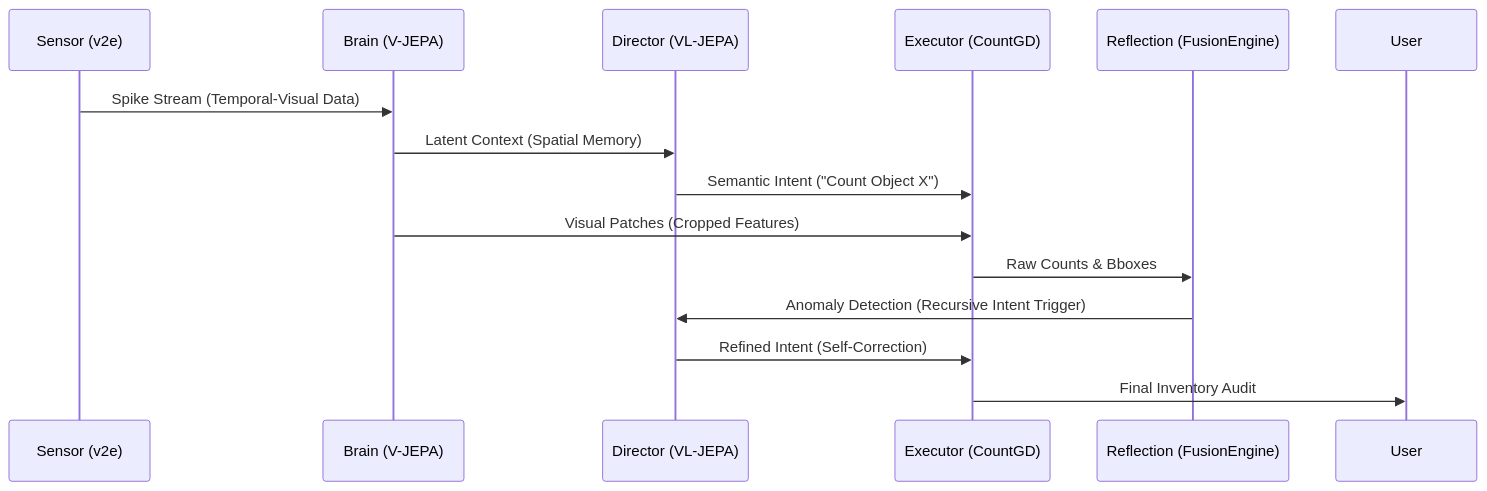
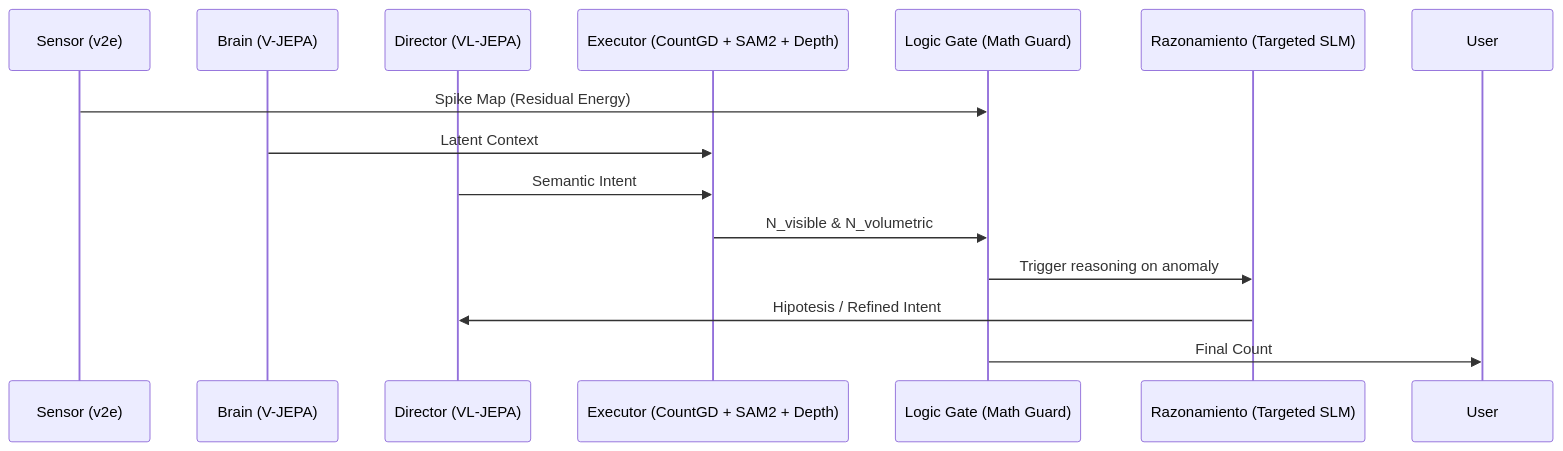
Before and after one commit to Yonnnnnnnnn/numeri-vjepa-experiment: the diagram in Data_Flow_Diagram.md, drawn with Mermaid. The commit also changed 11 other files, not shown here.

Commit message:
feat: complete integration of V2E, V-JEPA, CountGD, and SAM2/Depth into LangGraph flow

````diff
--- a/Data_Flow_Diagram.md
+++ b/Data_Flow_Diagram.md
@@ -24,17 +24,17 @@
 ```mermaid
 sequenceDiagram
     participant S as Sensor (v2e)
     participant B as Brain (V-JEPA)
     participant D as Director (VL-JEPA)
-    participant E as Executor (CountGD)
-    participant R as Reflection (FusionEngine)
+    participant E as Executor (CountGD + SAM2 + Depth)
+    participant L as Logic Gate (Math Guard)
+    participant R as Razonamiento (Targeted SLM)
 
-    S->>B: Spike Stream (Temporal-Visual Data)
-    B->>D: Latent Context (Spatial Memory)
-    D->>E: Semantic Intent ("Count Object X")
-    B->>E: Visual Patches (Cropped Features)
-    E->>R: Raw Counts & Bboxes
-    R->>D: Anomaly Detection (Recursive Intent Trigger)
-    D->>E: Refined Intent (Self-Correction)
-    E->>User: Final Inventory Audit
+    S->>L: Spike Map (Residual Energy)
+    B->>E: Latent Context
+    D->>E: Semantic Intent
+    E->>L: N_visible & N_volumetric
+    L->>R: Trigger reasoning on anomaly
+    R->>D: Hipotesis / Refined Intent
+    L->>User: Final Count
 ```
````
